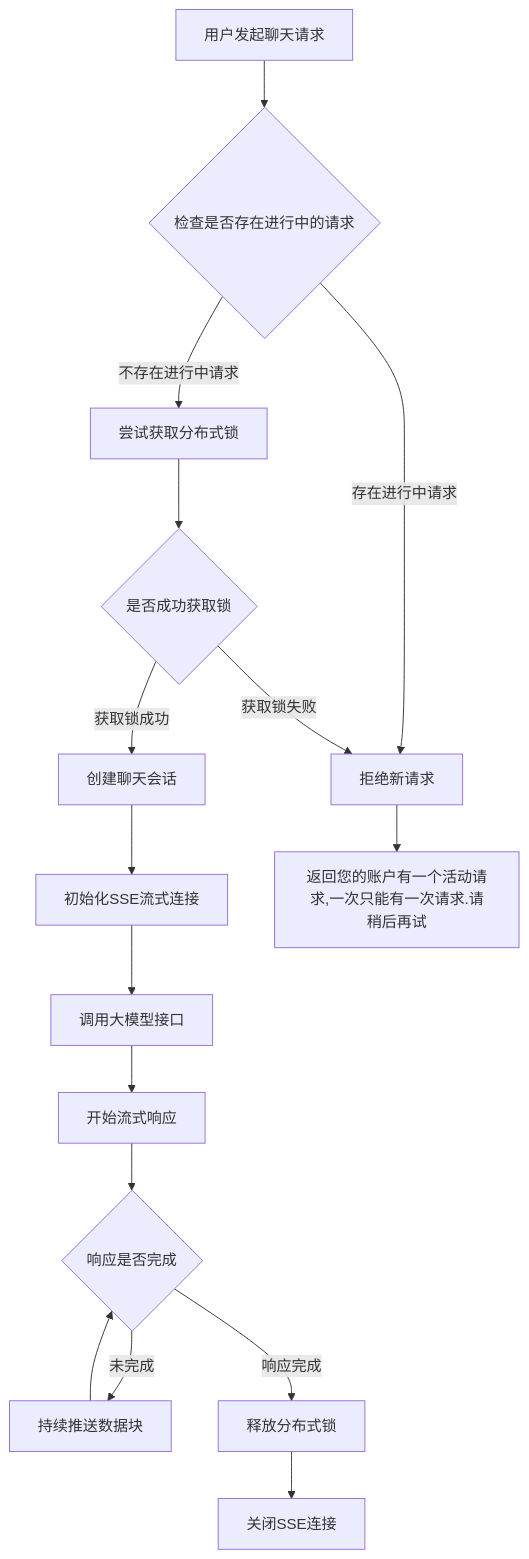
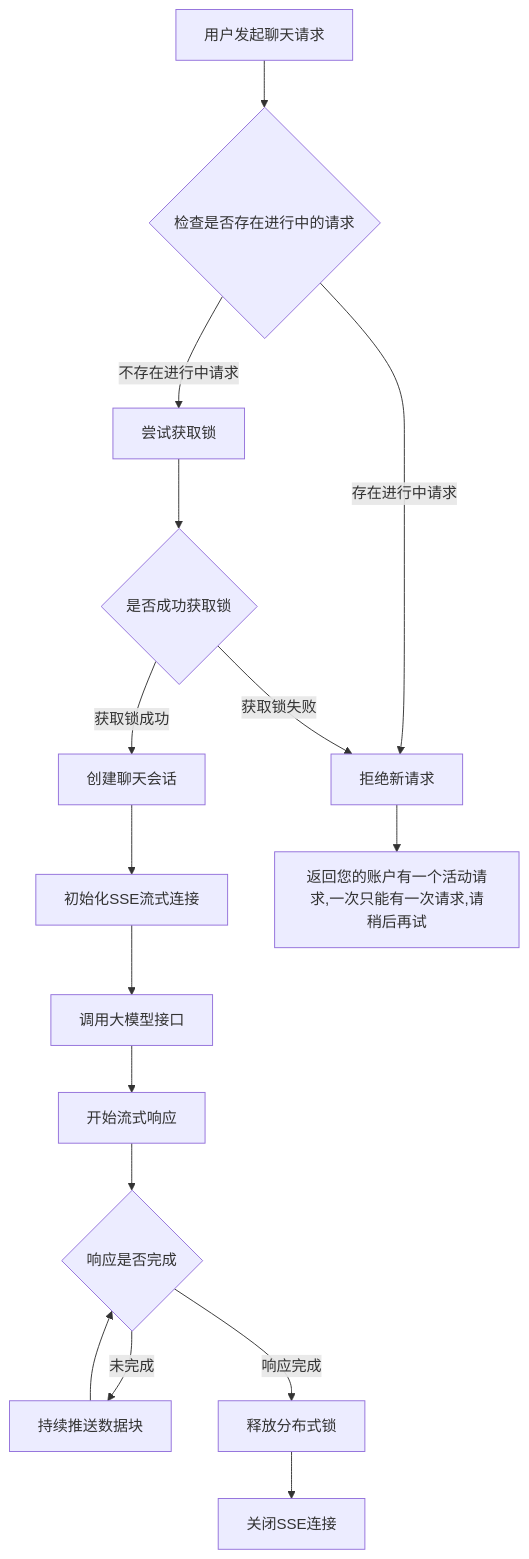
Before and after one commit to yingjianzh/iodraw-files: the diagram in all/chat单用户单请求-15.md, drawn with Mermaid.

Commit message:
2025-01-02 17:11:59 update

````diff
--- a/all/chat单用户单请求-15.md
+++ b/all/chat单用户单请求-15.md
@@ -1,23 +1,23 @@
 ```mermaid
 flowchart TD
     A[用户发起聊天请求] --> B{检查是否存在进行中的请求}
     B -->|存在进行中请求| C[拒绝新请求]
-    B -->|不存在进行中请求| D[尝试获取分布式锁]
+    B -->|不存在进行中请求| D[尝试获取锁]
     
     D --> E{是否成功获取锁}
     E -->|获取锁成功| F[创建聊天会话]
     E -->|获取锁失败| C
     
     F --> G[初始化SSE流式连接]
     G --> H[调用大模型接口]
     H --> I[开始流式响应]
     
     I --> J{响应是否完成}
     J -->|未完成| K[持续推送数据块]
     K --> J
     
     J -->|响应完成| L[释放分布式锁]
     L --> M[关闭SSE连接]
     
-    C --> N[返回您的账户有一个活动请求,一次只能有一次请求.请稍后再试]
+    C --> N[返回您的账户有一个活动请求,一次只能有一次请求,请稍后再试]
 ```
````
